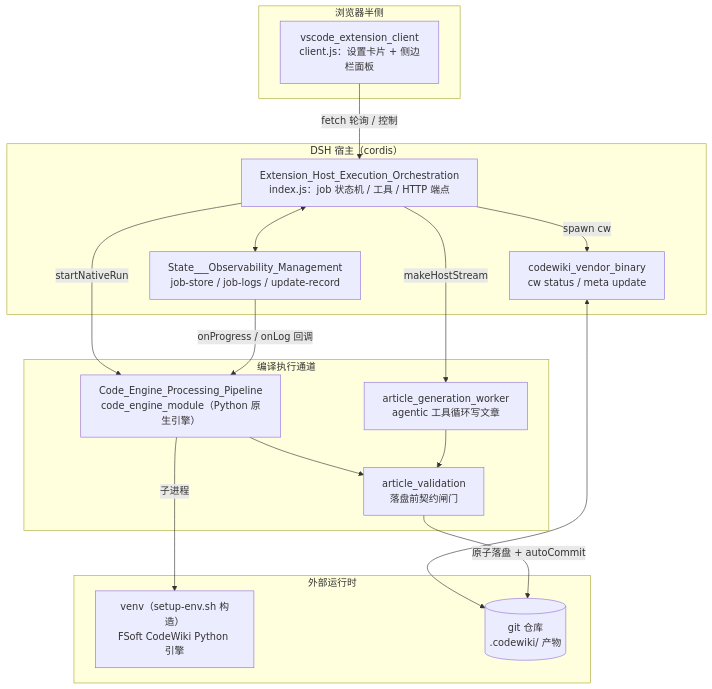
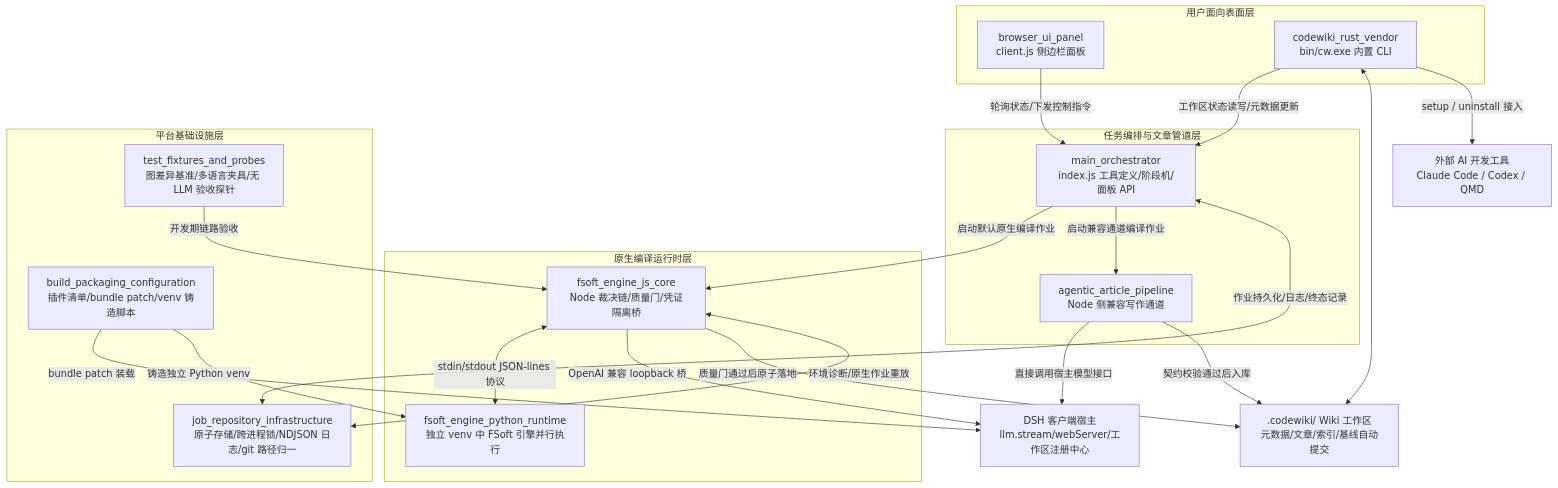
One commit to ikliml666/dsh-codewiki changed the diagram in .codewiki/_native-state/docs/overview.md. Above: the diagram before and after it, drawn with Mermaid. The commit also changed other lines of this file and 79 other files, not shown here.

Commit message:
docs(wiki): 更新 CodeWiki 编译产物（任务 job-mw0l5g5w-b，47 篇文章）

````diff
--- a/.codewiki/_native-state/docs/overview.md
+++ b/.codewiki/_native-state/docs/overview.md
@@ -23,35 +11,44 @@
 ```mermaid
-flowchart TB
-    subgraph Browser["浏览器半侧"]
-        CLIENT["vscode_extension_client<br/>client.js：设置卡片 + 侧边栏面板"]
+flowchart TD
+    subgraph S1 ["用户面向表面层"]
+        UI["browser_ui_panel<br/>client.js 侧边栏面板"]
+        CW["codewiki_rust_vendor<br/>bin/cw.exe 内置 CLI"]
     end
 
-    subgraph Host["DSH 宿主（cordis）"]
-        CORE["Extension_Host_Execution_Orchestration<br/>index.js：job 状态机 / 工具 / HTTP 端点"]
-        SOM["State___Observability_Management<br/>job-store / job-logs / update-record"]
-        CWBIN["codewiki_vendor_binary<br/>cw status / meta update"]
+    subgraph S2 ["任务编排与文章管道层"]
+        ORCH["main_orchestrator<br/>index.js 工具定义/阶段机/面板 API"]
+        AP["agentic_article_pipeline<br/>Node 侧兼容写作通道"]
     end
 
-    subgraph Engine["编译执行通道"]
-        NATIVE["Code_Engine_Processing_Pipeline<br/>code_engine_module（Python 原生引擎）"]
-        AGENTIC["article_generation_worker<br/>agentic 工具循环写文章"]
-        VALID["article_validation<br/>落盘前契约闸门"]
+    subgraph S3 ["原生编译运行时层"]
+        JS["fsoft_engine_js_core<br/>Node 裁决链/质量门/凭证隔离桥"]
+        PY["fsoft_engine_python_runtime<br/>独立 venv 中 FSoft 引擎并行执行"]
     end
 
-    subgraph Vendor["外部运行时"]
-        VENV["venv（setup-env.sh 构造）<br/>FSoft CodeWiki Python 引擎"]
-        GIT[("git 仓库<br/>.codewiki/ 产物")]
+    subgraph S4 ["平台基础设施层"]
+        J["job_repository_infrastructure<br/>原子存储/跨进程锁/NDJSON 日志/git 路径归一"]
+        B["build_packaging_configuration<br/>插件清单/bundle patch/venv 铸造脚本"]
+        T["test_fixtures_and_probes<br/>图差异基准/多语言夹具/无 LLM 验收探针"]
     end
 
-    CLIENT -->|"fetch 轮询 / 控制"| CORE
-    CORE <--> SOM
-    CORE -->|"spawn cw"| CWBIN
-    CWBIN <--> GIT
-    CORE -->|"startNativeRun"| NATIVE
-    CORE -->|"makeHostStream"| AGENTIC
-    NATIVE --> VALID
-    AGENTIC --> VALID
-    VALID -->|"原子落盘 + autoCommit"| GIT
-    NATIVE -->|"子进程"| VENV
-    SOM -->|"onProgress / onLog 回调"| NATIVE
+    HOST["DSH 客户端宿主<br/>llm.stream/webServer/工作区注册中心"]
+    WIKI[".codewiki/ Wiki 工作区<br/>元数据/文章/索引/基线自动提交"]
+    AGENTS["外部 AI 开发工具<br/>Claude Code / Codex / QMD"]
+
+    UI -->|"轮询状态/下发控制指令"| ORCH
+    CW -->|"工作区状态读写/元数据更新"| ORCH
+    ORCH -->|"启动默认原生编译作业"| JS
+    ORCH -->|"启动兼容通道编译作业"| AP
+    JS <-->|"stdin/stdout JSON-lines 协议"| PY
+    JS -->|"OpenAI 兼容 loopback 桥"| HOST
+    AP -->|"直接调用宿主模型接口"| HOST
+    JS -->|"质量门通过后原子落地"| WIKI
+    AP -->|"契约校验通过后入库"| WIKI
+    CW <--> WIKI
+    CW -->|"setup / uninstall 接入"| AGENTS
+    ORCH <-->|"作业持久化/日志/终态记录"| J
+    JS <-->|"环境诊断/原生作业重放"| J
+    B -->|"bundle patch 装载"| HOST
+    B -->|"铸造独立 Python venv"| PY
+    T -->|"开发期链路验收"| JS
 ```
````
